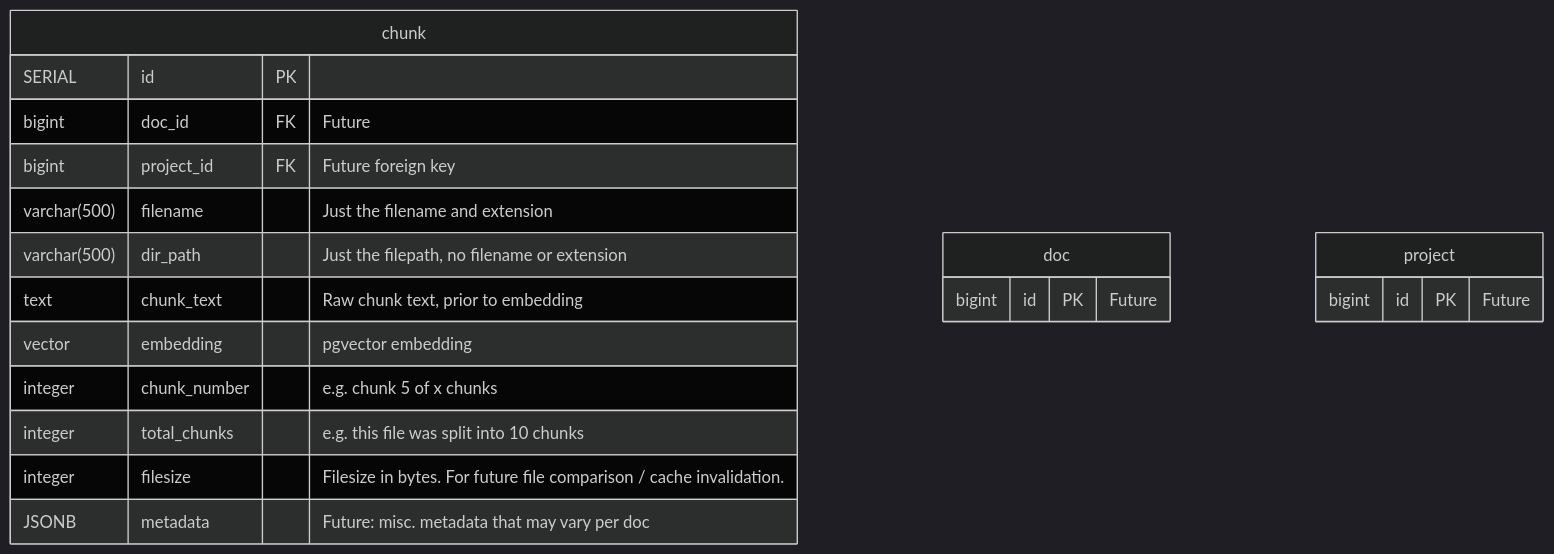
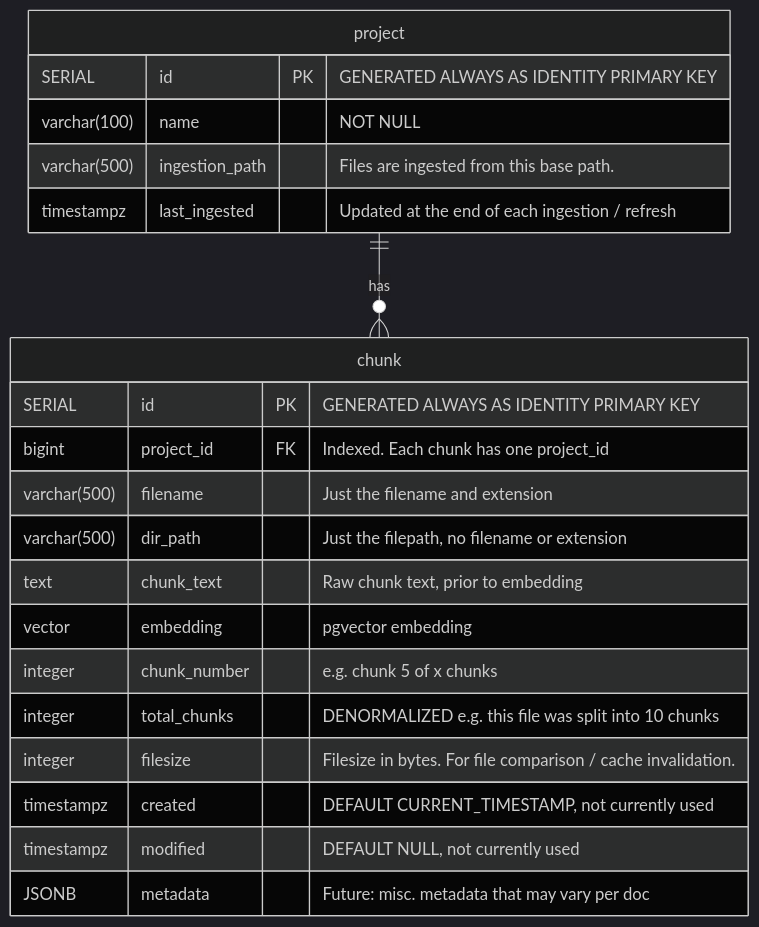
The fifth of 5 diagrams in README.md (svalenziano/yara), drawn with Mermaid (dark theme) before and after one commit. The commit also changed other lines of this file and 44 other files, not shown here.

````diff
--- a/README.md
+++ b/README.md
@@ -204,24 +170,26 @@
 ```mermaid
     erDiagram
         chunk {
-            SERIAL id PK
-            bigint doc_id FK "Future"
-            bigint project_id FK  "Future foreign key"
+            SERIAL id PK "GENERATED ALWAYS AS IDENTITY PRIMARY KEY"
+            bigint project_id FK "Indexed. Each chunk has one project_id"
             varchar(500) filename "Just the filename and extension"
             varchar(500) dir_path "Just the filepath, no filename or extension"
             text chunk_text "Raw chunk text, prior to embedding"
             vector embedding "pgvector embedding"
             integer chunk_number "e.g. chunk 5 of x chunks"
-            integer total_chunks "e.g. this file was split into 10 chunks"
-            integer filesize "Filesize in bytes. For future file comparison / cache invalidation."
+            integer total_chunks "DENORMALIZED e.g. this file was split into 10 chunks"
+            integer filesize "Filesize in bytes. For file comparison / cache invalidation."
+            timestampz created "DEFAULT CURRENT_TIMESTAMP, not currently used"
+            timestampz modified "DEFAULT NULL, not currently used"
             JSONB metadata "Future: misc. metadata that may vary per doc"
         }
         
-        doc {
-	        bigint id PK "Future"
+        project {
+	        SERIAL id PK "GENERATED ALWAYS AS IDENTITY PRIMARY KEY"
+            varchar(100) name "NOT NULL"
+            varchar(500) ingestion_path "Files are ingested from this base path."
+            timestampz last_ingested "Updated at the end of each ingestion / refresh"
         }
         
-        project {
-	        bigint id PK "Future"
-        }
+        project ||--o{ chunk : "has"
 ```
````
